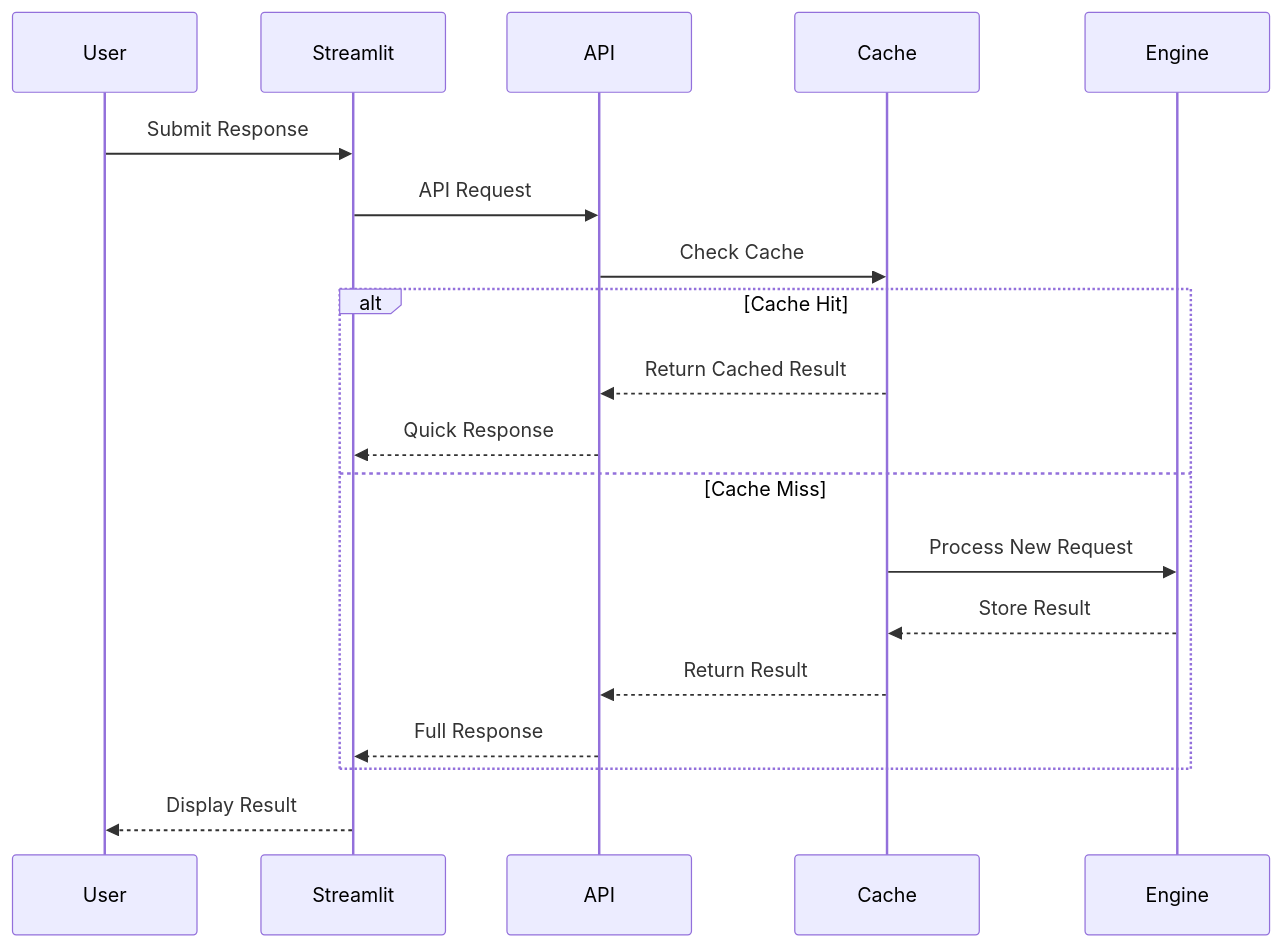
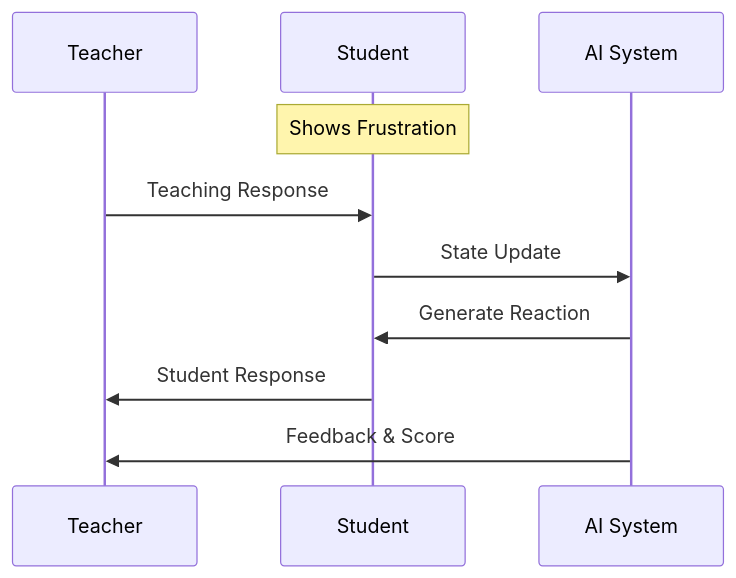
One commit to UVU-AI-Innovate/teacher-training-chatbot changed the fifth of 5 diagrams in README.md. Above: the diagram before and after it, drawn with Mermaid. The commit also changed other lines of this file, not shown here.

````diff
--- a/README.md
+++ b/README.md
@@ -958,24 +157,13 @@
 ```mermaid
 sequenceDiagram
-    participant U as User
-    participant S as Streamlit
-    participant A as API
-    participant C as Cache
-    participant E as Engine
+    participant T as Teacher
+    participant S as Student
+    participant A as AI System
     
-    U->>S: Submit Response
-    S->>A: API Request
-    A->>C: Check Cache
-    
-    alt Cache Hit
-        C-->>A: Return Cached Result
-        A-->>S: Quick Response
-    else Cache Miss
-        C->>E: Process New Request
-        E-->>C: Store Result
-        C-->>A: Return Result
-        A-->>S: Full Response
-    end
-    
-    S-->>U: Display Result
+    Note over S: Shows Frustration
+    T->>S: Teaching Response
+    S->>A: State Update
+    A->>S: Generate Reaction
+    S->>T: Student Response
+    A->>T: Feedback & Score
 ```
````
